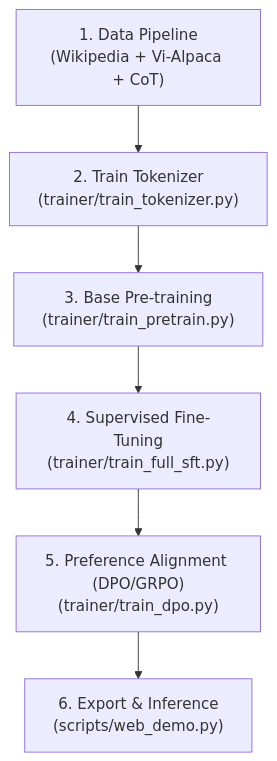
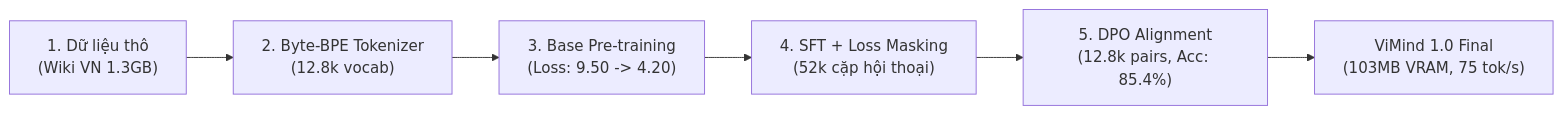
One commit to WuKong0601/ViMind changed the diagram in README.md. Above: the diagram before and after it, drawn with Mermaid. The commit also changed other lines of this file and 11 other files, not shown here.

Commit message:
release: ViMind 1.0 - Complete Pre-train, SFT and DPO alignment lifecycle with paper research assets

````diff
--- a/README.md
+++ b/README.md
@@ -184,8 +70,8 @@
 ```mermaid
-flowchart TD
-    D1["1. Data Pipeline<br/>(Wikipedia + Vi-Alpaca + CoT)"] --> T1["2. Train Tokenizer<br/>(trainer/train_tokenizer.py)"]
-    T1 --> P1["3. Base Pre-training<br/>(trainer/train_pretrain.py)"]
-    P1 --> S1["4. Supervised Fine-Tuning<br/>(trainer/train_full_sft.py)"]
-    S1 --> A1["5. Preference Alignment (DPO/GRPO)<br/>(trainer/train_dpo.py)"]
-    A1 --> E1["6. Export & Inference<br/>(scripts/web_demo.py)"]
+flowchart LR
+    A["1. Dữ liệu thô<br/>(Wiki VN 1.3GB)"] --> B["2. Byte-BPE Tokenizer<br/>(12.8k vocab)"]
+    B --> C["3. Base Pre-training<br/>(Loss: 9.50 -> 4.20)"]
+    C --> D["4. SFT + Loss Masking<br/>(52k cặp hội thoại)"]
+    D --> E["5. DPO Alignment<br/>(12.8k pairs, Acc: 85.4%)"]
+    E --> F["ViMind 1.0 Final<br/>(103MB VRAM, 75 tok/s)"]
 ```
````
